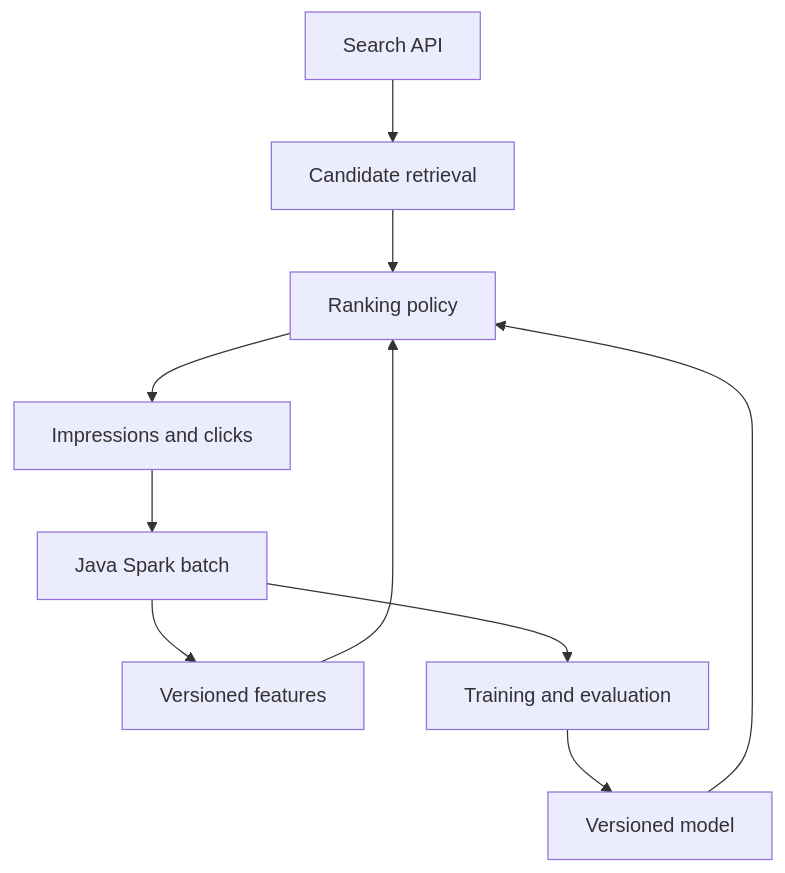
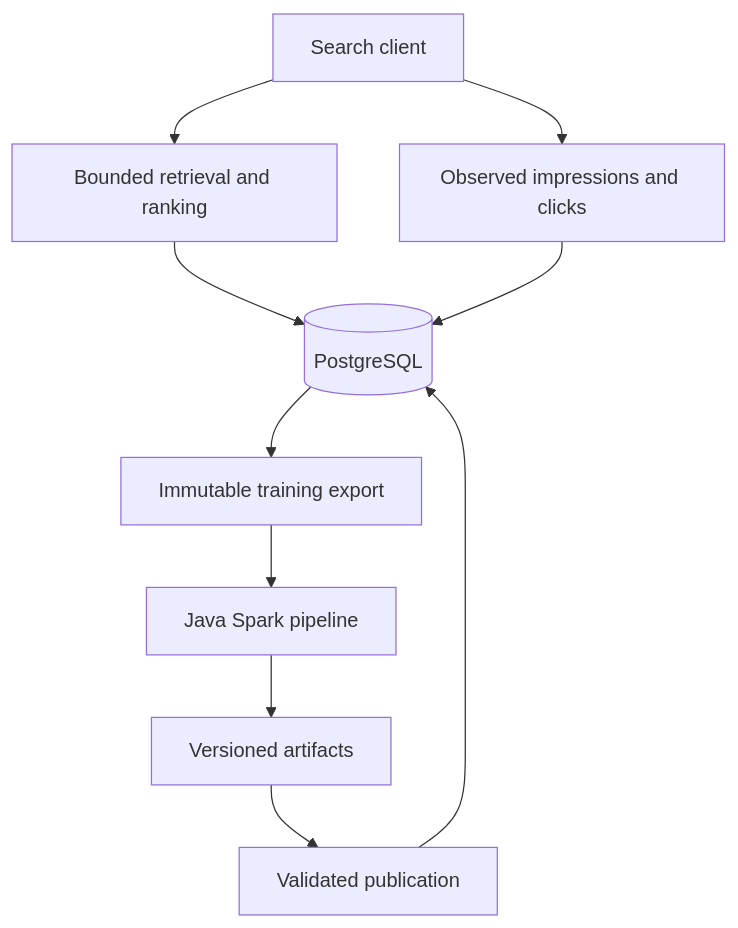
One commit to GeekNandy/AI-Native-Search-Ranking-Optimization-Platform changed the diagram in docs/architecture.md. Above: the diagram before and after it, drawn with Mermaid. The commit also changed other lines of this file and 45 other files, not shown here.

First line of the commit message:
Connect search ranking with reproducible ML training and controlled rollout (#4)

````diff
--- a/docs/architecture.md
+++ b/docs/architecture.md
@@ -40,12 +7,12 @@
 ```mermaid
 flowchart TD
-    A[Search API] --> B[Candidate retrieval]
-    B --> C[Ranking policy]
-    F[Versioned features] --> C
-    M[Versioned model] --> C
-    C --> E[Impressions and clicks]
-    E --> J[Java Spark batch]
-    J --> F
-    J --> T[Training and evaluation]
-    T --> M
+    C[Search client] --> S[Bounded retrieval and ranking]
+    S --> P[(PostgreSQL)]
+    C --> E[Observed impressions and clicks]
+    E --> P
+    P --> X[Immutable training export]
+    X --> B[Java Spark pipeline]
+    B --> A[Versioned artifacts]
+    A --> V[Validated publication]
+    V --> P
 ```
````
